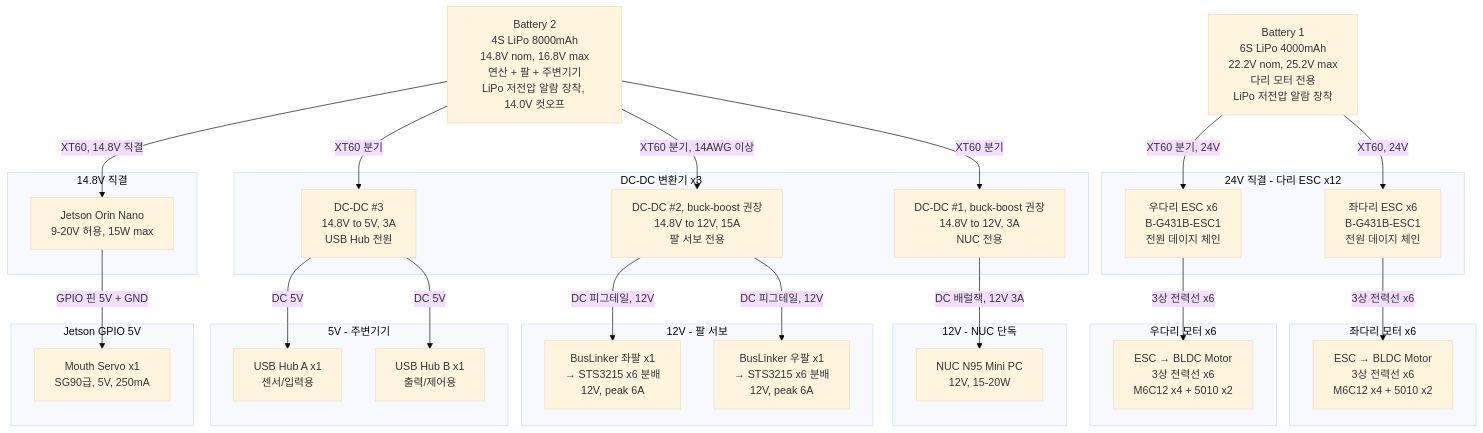
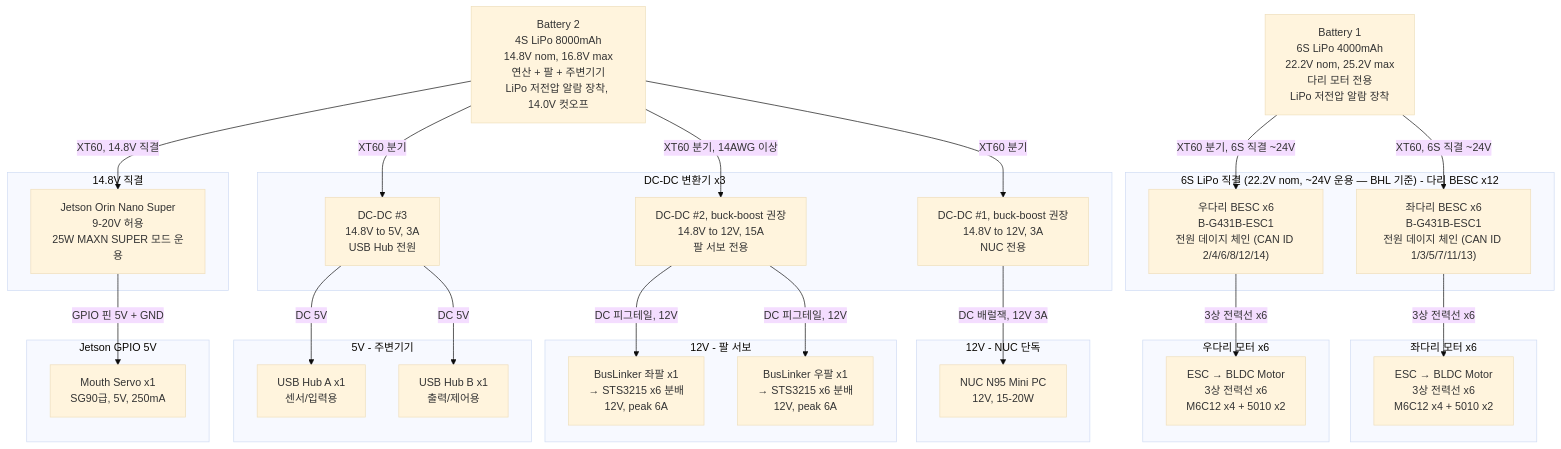
The diagram in public/assets/docs/power_cables.md (henryhjna/hylion-3d-guide), drawn with Mermaid (base theme) before and after one commit. The commit also changed other lines of this file and 29 other files, not shown here.

````diff
--- a/public/assets/docs/power_cables.md
+++ b/public/assets/docs/power_cables.md
@@ -7,65 +7,65 @@
 ```mermaid
 flowchart TD
     BATT1["Battery 1\n6S LiPo 4000mAh\n22.2V nom, 25.2V max\n다리 모터 전용\nLiPo 저전압 알람 장착"]
     BATT2["Battery 2\n4S LiPo 8000mAh\n14.8V nom, 16.8V max\n연산 + 팔 + 주변기기\nLiPo 저전압 알람 장착, 14.0V 컷오프"]
 
     subgraph DCDC_BLOCK ["DC-DC 변환기 x3"]
         DCDC_12V_NUC["DC-DC #1, buck-boost 권장\n14.8V to 12V, 3A\nNUC 전용"]
         DCDC_12V_ARM["DC-DC #2, buck-boost 권장\n14.8V to 12V, 15A\n팔 서보 전용"]
         DCDC_5V["DC-DC #3\n14.8V to 5V, 3A\nUSB Hub 전원"]
     end
 
-    subgraph LOAD_24V ["24V 직결 - 다리 ESC x12"]
-        ESC_L["좌다리 ESC x6\nB-G431B-ESC1\n전원 데이지 체인"]
-        ESC_R["우다리 ESC x6\nB-G431B-ESC1\n전원 데이지 체인"]
+    subgraph LOAD_24V ["6S LiPo 직결 (22.2V nom, ~24V 운용 — BHL 기준) - 다리 BESC x12"]
+        ESC_L["좌다리 BESC x6\nB-G431B-ESC1\n전원 데이지 체인 (CAN ID 1/3/5/7/11/13)"]
+        ESC_R["우다리 BESC x6\nB-G431B-ESC1\n전원 데이지 체인 (CAN ID 2/4/6/8/12/14)"]
     end
 
     subgraph MOTOR_L ["좌다리 모터 x6"]
         ML["ESC → BLDC Motor\n3상 전력선 x6\nM6C12 x4 + 5010 x2"]
     end
 
     subgraph MOTOR_R ["우다리 모터 x6"]
         MR["ESC → BLDC Motor\n3상 전력선 x6\nM6C12 x4 + 5010 x2"]
     end
 
     subgraph LOAD_14V ["14.8V 직결"]
-        JETSON["Jetson Orin Nano\n9-20V 허용, 15W max"]
+        JETSON["Jetson Orin Nano Super\n9-20V 허용\n25W MAXN SUPER 모드 운용"]
     end
 
     subgraph LOAD_12V_NUC ["12V - NUC 단독"]
         NUC["NUC N95 Mini PC\n12V, 15-20W"]
     end
 
     subgraph LOAD_12V_ARM ["12V - 팔 서보"]
         BL_L["BusLinker 좌팔 x1\n→ STS3215 x6 분배\n12V, peak 6A"]
         BL_R["BusLinker 우팔 x1\n→ STS3215 x6 분배\n12V, peak 6A"]
     end
 
     subgraph LOAD_5V ["5V - 주변기기"]
         HUB_A["USB Hub A x1\n센서/입력용"]
         HUB_B["USB Hub B x1\n출력/제어용"]
     end
 
     subgraph LOAD_GPIO ["Jetson GPIO 5V"]
         MOUTH["Mouth Servo x1\nSG90급, 5V, 250mA"]
     end
 
-    BATT1 -->|"XT60, 24V"| ESC_L
-    BATT1 -->|"XT60 분기, 24V"| ESC_R
+    BATT1 -->|"XT60, 6S 직결 ~24V"| ESC_L
+    BATT1 -->|"XT60 분기, 6S 직결 ~24V"| ESC_R
     ESC_L -->|"3상 전력선 x6"| ML
     ESC_R -->|"3상 전력선 x6"| MR
 
     BATT2 -->|"XT60, 14.8V 직결"| JETSON
     BATT2 -->|"XT60 분기"| DCDC_12V_NUC
     BATT2 -->|"XT60 분기, 14AWG 이상"| DCDC_12V_ARM
     BATT2 -->|"XT60 분기"| DCDC_5V
 
     DCDC_12V_NUC -->|"DC 배럴잭, 12V 3A"| NUC
     DCDC_12V_ARM -->|"DC 피그테일, 12V"| BL_L
     DCDC_12V_ARM -->|"DC 피그테일, 12V"| BL_R
 
     DCDC_5V -->|"DC 5V"| HUB_A
     DCDC_5V -->|"DC 5V"| HUB_B
 
     JETSON -->|"GPIO 핀 5V + GND"| MOUTH
 ```
````
